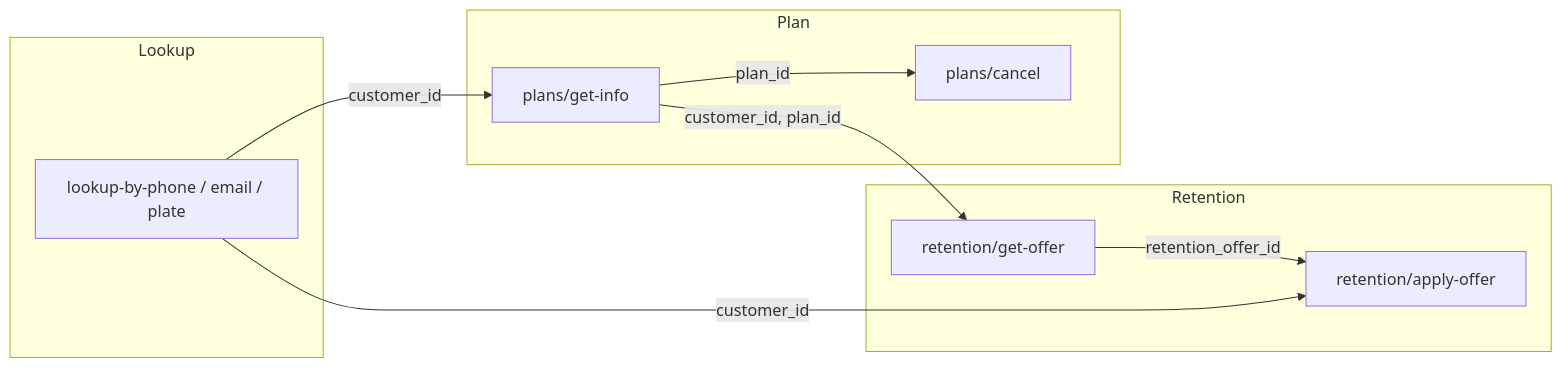
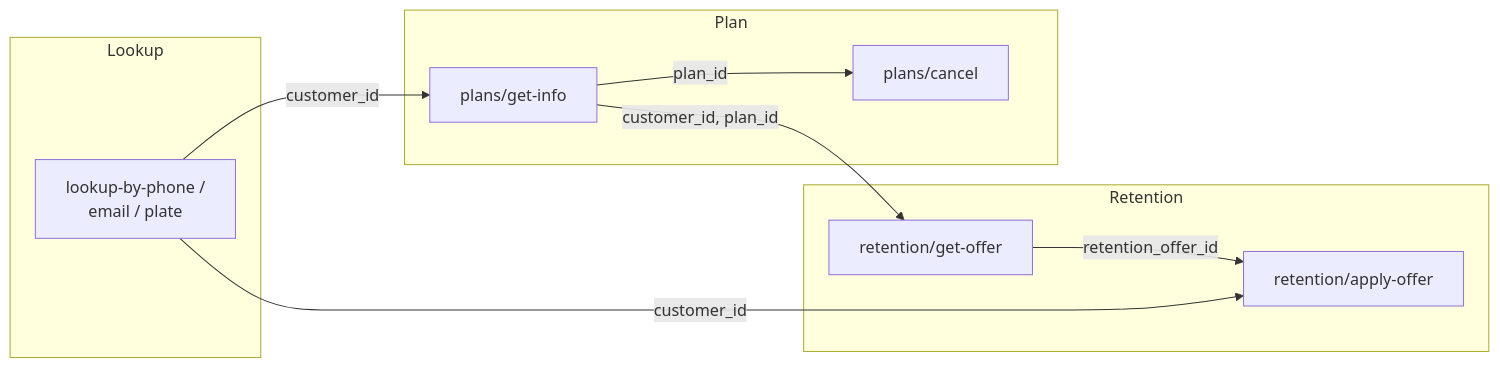
Diagram 11 of 11 in Jax-Kar-Wash-API-Integration–Discussion-Document.md (HelloWash/Public), drawn with Mermaid before and after one commit. The commit also changed other lines of this file, not shown here.

````diff
--- a/Jax-Kar-Wash-API-Integration–Discussion-Document.md
+++ b/Jax-Kar-Wash-API-Integration–Discussion-Document.md
@@ -885,20 +885,20 @@
 ```mermaid
 flowchart LR
     subgraph Lookup["Lookup"]
-        A[lookup-by-phone / email / plate]
+        A["lookup-by-phone /<br/>email / plate"]
     end
     subgraph Plan["Plan"]
         B["plans/get-info"]
         C["plans/cancel"]
     end
     subgraph Retention["Retention"]
         D["retention/get-offer"]
         E["retention/apply-offer"]
     end
 
     A -->|customer_id| B
     B -->|plan_id| C
     B -->|customer_id, plan_id| D
     D -->|retention_offer_id| E
     A -->|customer_id| E
 ```
````
